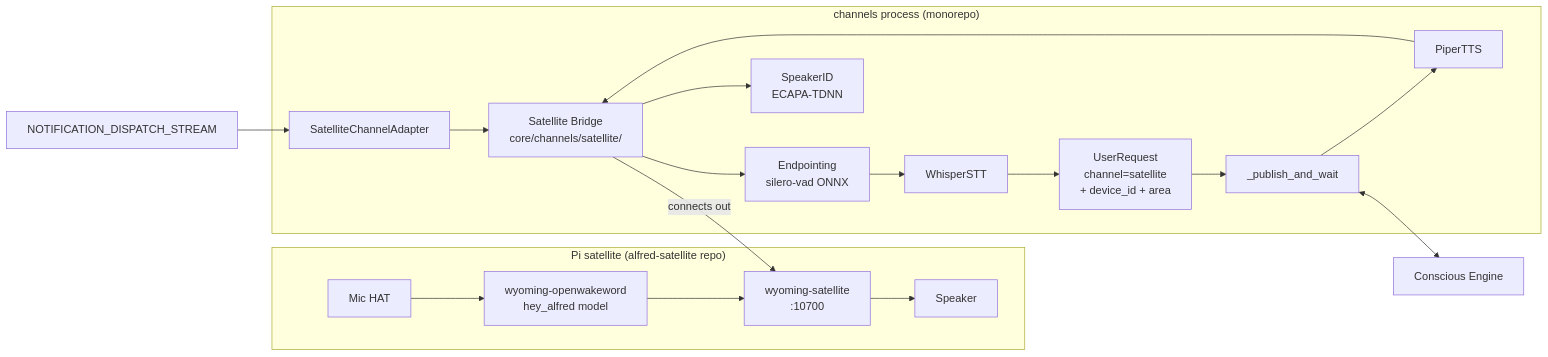
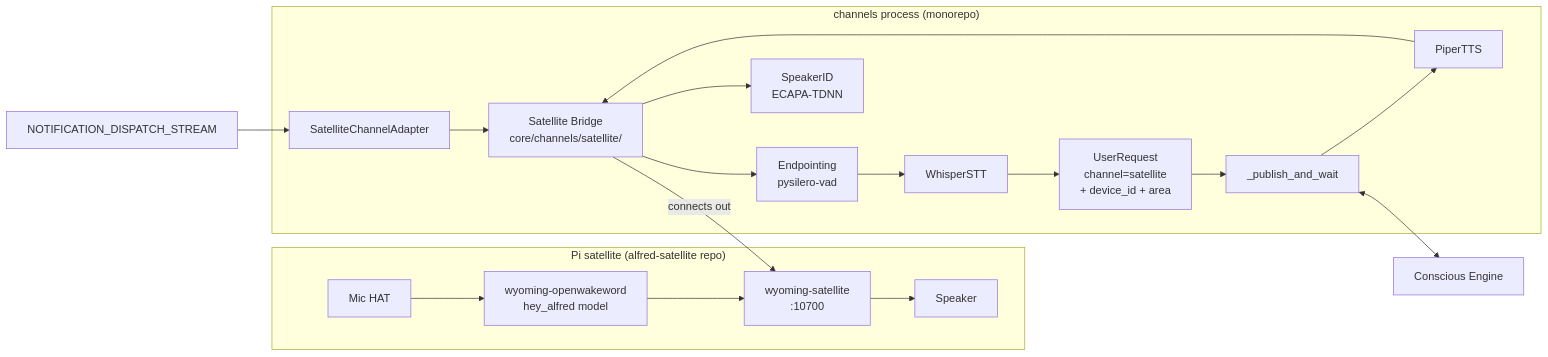
One commit to anirudhlath/alfred changed the diagram in docs/superpowers/specs/2026-07-15-voice-satellite-design.md. Above: the diagram before and after it, drawn with Mermaid. The commit also changed other lines of this file and 4 other files, not shown here.

````diff
--- a/docs/superpowers/specs/2026-07-15-voice-satellite-design.md
+++ b/docs/superpowers/specs/2026-07-15-voice-satellite-design.md
@@ -49,21 +49,21 @@
 ```mermaid
 graph LR
     subgraph Pi["Pi satellite (alfred-satellite repo)"]
         Mic[Mic HAT] --> OWW[wyoming-openwakeword<br/>hey_alfred model]
         OWW --> Sat[wyoming-satellite<br/>:10700]
         Sat --> Spk[Speaker]
     end
     subgraph Channels["channels process (monorepo)"]
         Bridge[Satellite Bridge<br/>core/channels/satellite/] -->|connects out| Sat
-        Bridge --> VAD[Endpointing<br/>silero-vad ONNX]
+        Bridge --> VAD[Endpointing<br/>pysilero-vad]
         VAD --> STT[WhisperSTT]
         Bridge --> SID[SpeakerID<br/>ECAPA-TDNN]
         STT --> UR[UserRequest<br/>channel=satellite<br/>+ device_id + area]
         UR --> PW[_publish_and_wait]
         PW --> TTS[PiperTTS]
         TTS --> Bridge
         Adapter[SatelliteChannelAdapter] --> Bridge
     end
     PW <--> Conscious[Conscious Engine]
     Dispatch[NOTIFICATION_DISPATCH_STREAM] --> Adapter
 ```
````
